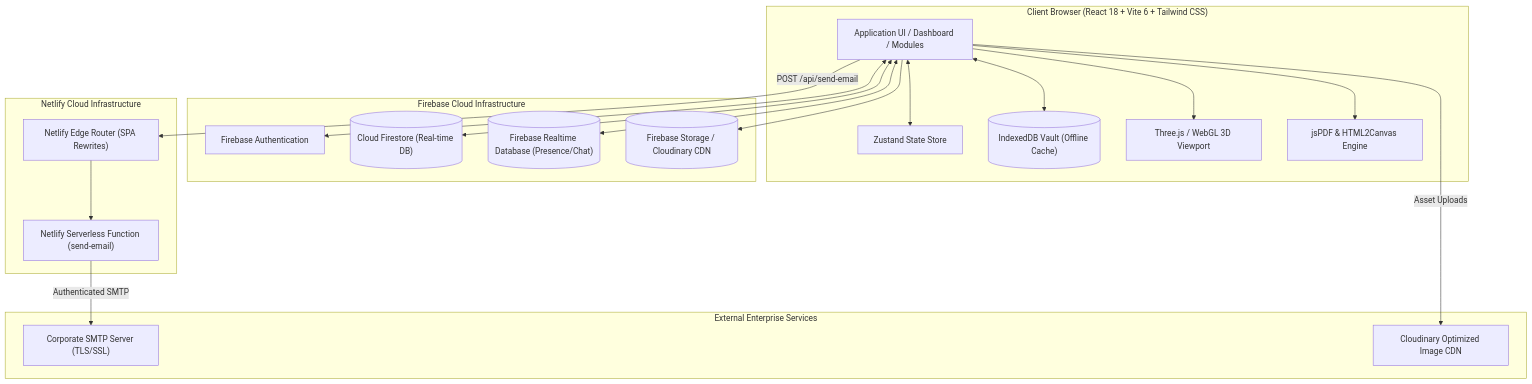
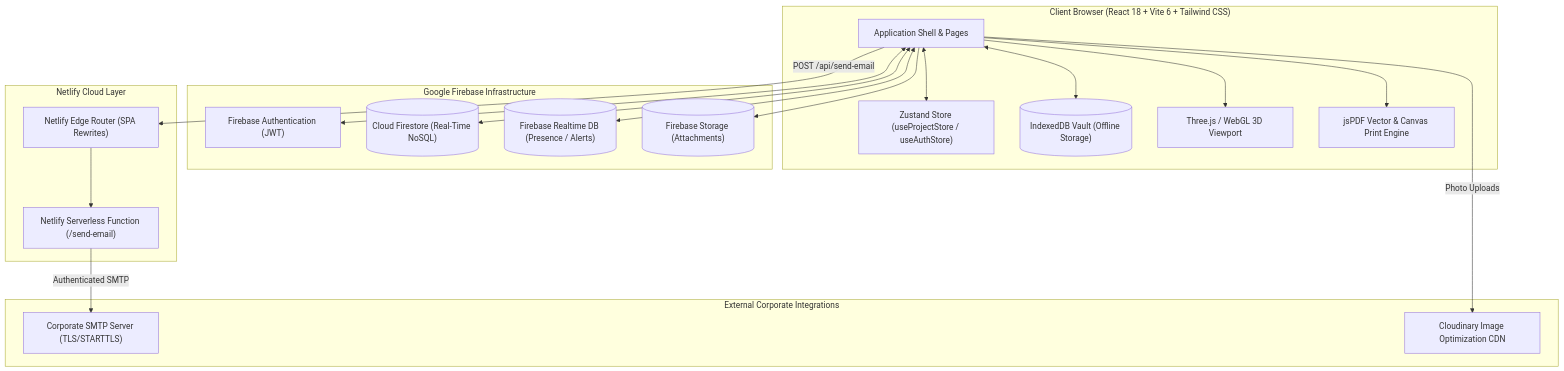
One commit to Engr-Juwon/jqms changed the second of 2 diagrams in README.md. Above: the diagram before and after it, drawn with Mermaid. The commit also changed other lines of this file and 203 other files, not shown here.

````diff
--- a/README.md
+++ b/README.md
@@ -89,41 +145,41 @@
 ```mermaid
 flowchart TD
-    subgraph Client ["Client Browser (React 18 + Vite 6 + Tailwind CSS)"]
-        UI["Application UI / Dashboard / Modules"]
-        Zustand["Zustand State Store"]
-        IDB[("IndexedDB Vault (Offline Cache)")]
+    subgraph ClientLayer ["Client Browser (React 18 + Vite 6 + Tailwind CSS)"]
+        UI["Application Shell & Pages"]
+        Zustand["Zustand Store (useProjectStore / useAuthStore)"]
+        IDB[("IndexedDB Vault (Offline Storage)")]
         ThreeJS["Three.js / WebGL 3D Viewport"]
-        PDFGen["jsPDF & HTML2Canvas Engine"]
+        PDFGen["jsPDF Vector & Canvas Print Engine"]
     end
 
-    subgraph FirebaseServices ["Firebase Cloud Infrastructure"]
-        Auth["Firebase Authentication"]
-        Firestore[("Cloud Firestore (Real-time DB)")]
-        RTDB[("Firebase Realtime Database (Presence/Chat)")]
-        Storage[("Firebase Storage / Cloudinary CDN")]
+    subgraph FirebaseCloud ["Google Firebase Infrastructure"]
+        Auth["Firebase Authentication (JWT)"]
+        Firestore[("Cloud Firestore (Real-Time NoSQL)")]
+        RTDB[("Firebase Realtime DB (Presence / Alerts)")]
+        Storage[("Firebase Storage (Attachments)")]
     end
 
-    subgraph ServerlessLayer ["Netlify Cloud Infrastructure"]
+    subgraph ServerlessGateway ["Netlify Cloud Layer"]
         NetlifyEdge["Netlify Edge Router (SPA Rewrites)"]
-        NetlifyFn["Netlify Serverless Function (send-email)"]
+        NetlifyFn["Netlify Serverless Function (/send-email)"]
     end
 
-    subgraph ExternalGateways ["External Enterprise Services"]
-        SMTP["Corporate SMTP Server (TLS/SSL)"]
-        CloudinaryAPI["Cloudinary Optimized Image CDN"]
+    subgraph ExternalServices ["External Corporate Integrations"]
+        SMTP["Corporate SMTP Server (TLS/STARTTLS)"]
+        CloudinaryAPI["Cloudinary Image Optimization CDN"]
     end
 
     UI <--> Zustand
     UI <--> IDB
     UI --> ThreeJS
     UI --> PDFGen
 
     UI <--> Auth
     UI <--> Firestore
     UI <--> RTDB
     UI --> Storage
 
     UI -- "POST /api/send-email" --> NetlifyEdge --> NetlifyFn
     NetlifyFn -- "Authenticated SMTP" --> SMTP
-    UI -- "Asset Uploads" --> CloudinaryAPI
+    UI -- "Photo Uploads" --> CloudinaryAPI
 ```
````
